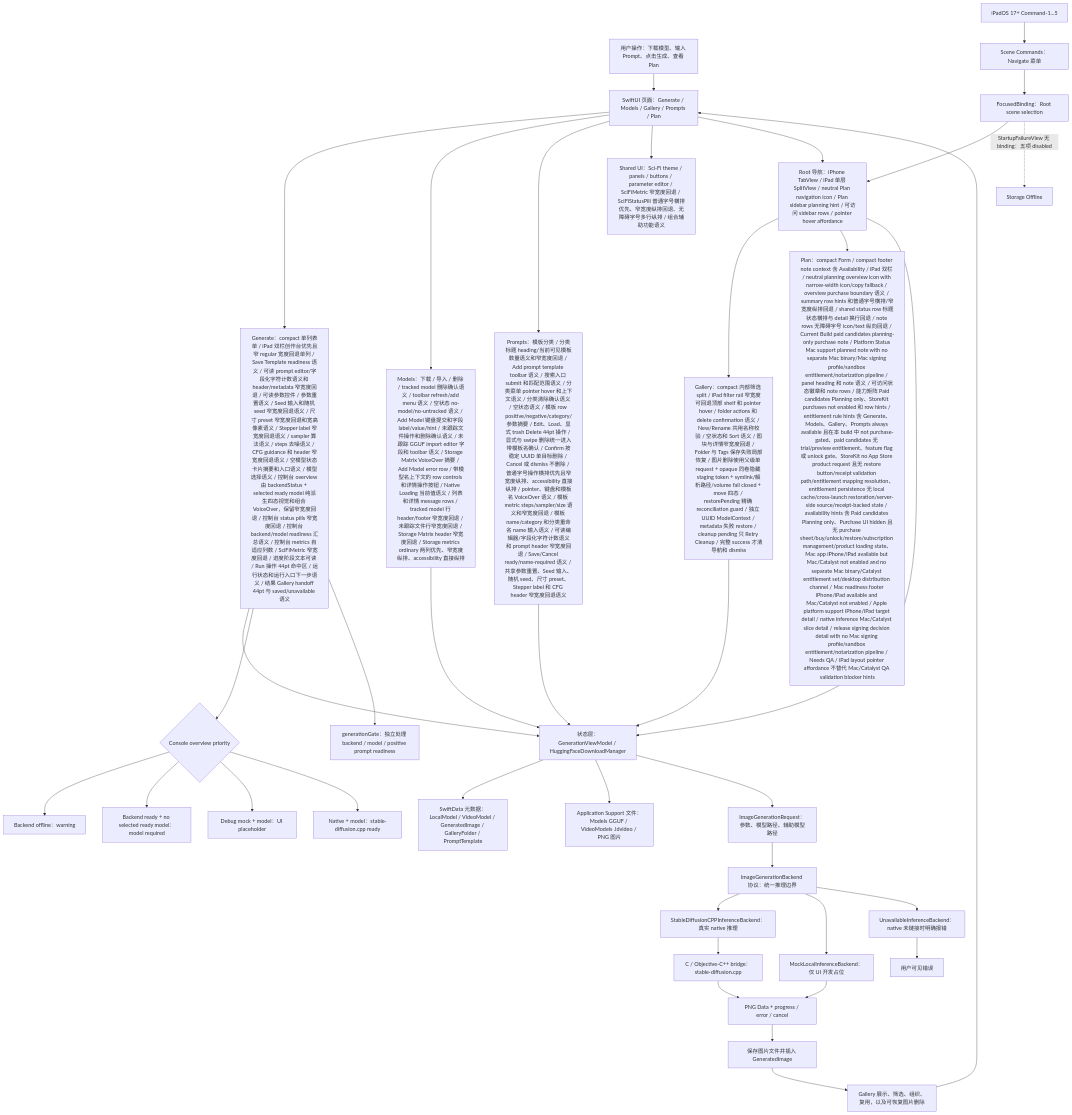
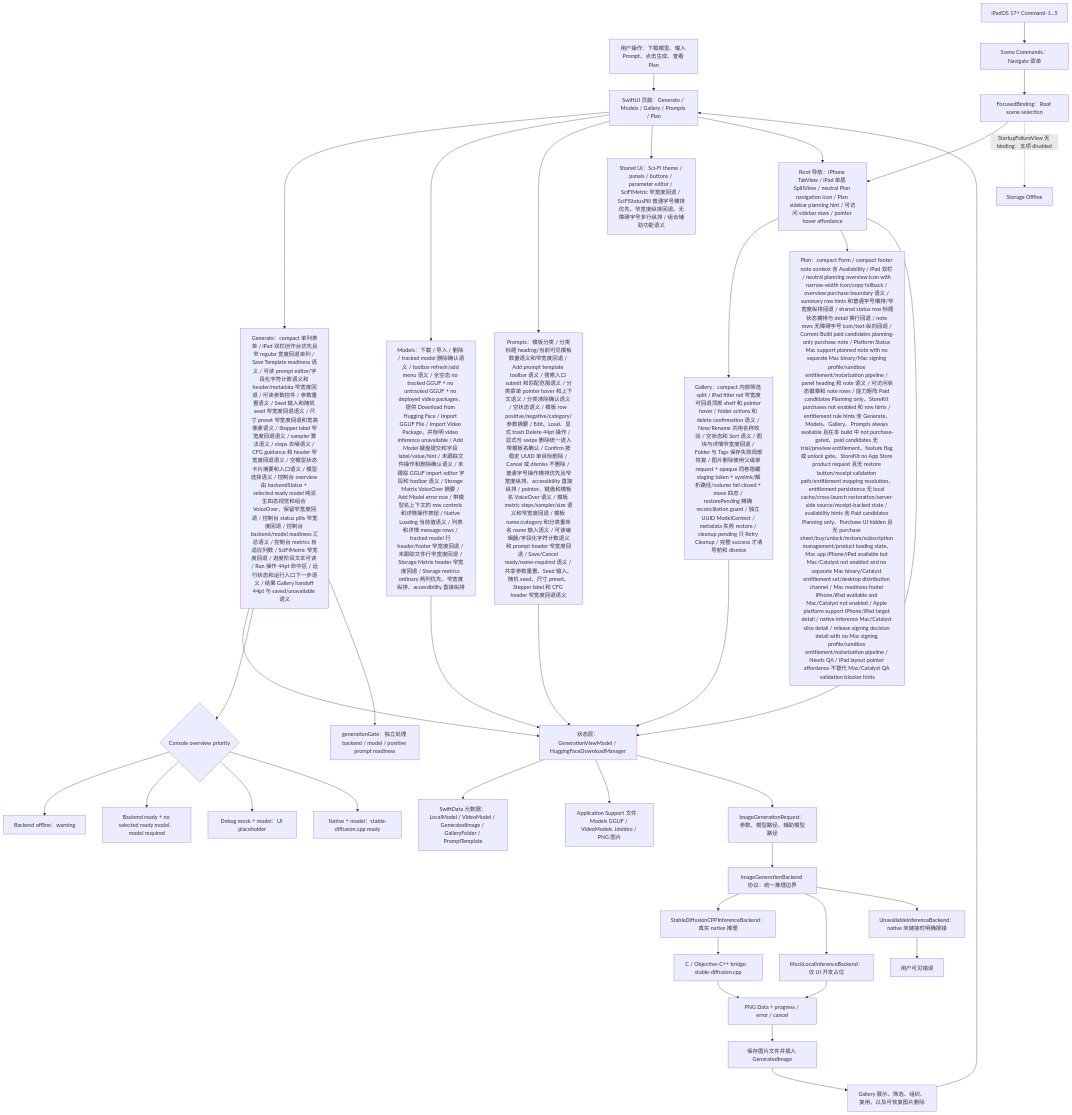
Before and after one commit to Altman-sam114/118: the first of 10 diagrams in md/flow/flowchart.md, drawn with Mermaid. The commit also changed 7 other files, not shown here.

````diff
--- a/md/flow/flowchart.md
+++ b/md/flow/flowchart.md
@@ -9,40 +9,40 @@
 ```mermaid
 flowchart TD
   U["用户操作：下载模型、输入 Prompt、点击生成、查看 Plan"] --> UI["SwiftUI 页面：Generate / Models / Gallery / Prompts / Plan"]
   UI --> GENUI["Generate：compact 单列表单 / iPad 双栏创作台优先且窄 regular 宽度回退单列 / Save Template readiness 语义 / 可读 prompt editor/字段化字符计数语义和 header/metadata 窄宽度回退 / 可读参数控件 / 参数重置语义 / Seed 输入和随机 seed 窄宽度回退语义 / 尺寸 preset 窄宽度回退和宽高像素语义 / Stepper label 窄宽度回退语义 / sampler 算法语义 / steps 去噪语义 / CFG guidance 和 header 窄宽度回退语义 / 空模型状态卡片摘要和入口语义 / 模型选择语义 / 控制台 overview 由 backendStatus + selected ready model 纯派生四态视觉和组合 VoiceOver，保留窄宽度回退 / 控制台 status pills 窄宽度回退 / 控制台 backend/model readiness 汇总语义 / 控制台 metrics 自适应列数 / SciFiMetric 窄宽度回退 / 进度阶段文本可读 / Run 操作 44pt 命中区 / 运行状态和运行入口下一步语义 / 结果 Gallery handoff 44pt 与 saved/unavailable 语义"]
-  UI --> MODELUI["Models：下载 / 导入 / 删除 / tracked model 删除确认语义 / toolbar refresh/add menu 语义 / 空状态 no-model/no-untracked 语义 / Add Model 键盘提交和字段 label/value/hint / 未跟踪文件操作和删除确认语义 / 未跟踪 GGUF import editor 字段和 toolbar 语义 / Storage Matrix VoiceOver 摘要 / Add Model error row / 带模型名上下文的 row controls 和详情操作按钮 / Native Loading 当前值语义 / 列表和详情 message rows / tracked model 行 header/footer 窄宽度回退 / 未跟踪文件行窄宽度回退 / Storage Matrix header 窄宽度回退 / Storage metrics ordinary 两列优先、窄宽度纵排、accessibility 直接纵排"]
+  UI --> MODELUI["Models：下载 / 导入 / 删除 / tracked model 删除确认语义 / toolbar refresh/add menu 语义 / 全空态 no tracked GGUF + no untracked GGUF + no deployed video packages，提供 Download from Hugging Face / Import GGUF File / Import Video Package，并标明 video inference unavailable / Add Model 键盘提交和字段 label/value/hint / 未跟踪文件操作和删除确认语义 / 未跟踪 GGUF import editor 字段和 toolbar 语义 / Storage Matrix VoiceOver 摘要 / Add Model error row / 带模型名上下文的 row controls 和详情操作按钮 / Native Loading 当前值语义 / 列表和详情 message rows / tracked model 行 header/footer 窄宽度回退 / 未跟踪文件行窄宽度回退 / Storage Matrix header 窄宽度回退 / Storage metrics ordinary 两列优先、窄宽度纵排、accessibility 直接纵排"]
   UI --> PROMPTUI["Prompts：模板分类 / 分类标题 heading/当前可见模板数量语义和窄宽度回退 / Add prompt template toolbar 语义 / 搜索入口 submit 和匹配范围语义 / 分类菜单 pointer hover 和上下文语义 / 分类清除确认语义 / 空状态语义 / 模板 row positive/negative/category/参数摘要 / Edit、Load、显式 trash Delete 44pt 操作 / 显式与 swipe 删除统一进入带模板名确认 / Confirm 按稳定 UUID 单目标删除 / Cancel 或 dismiss 不删除 / 普通字号操作横排优先且窄宽度纵排、accessibility 直接纵排 / pointer、键盘和模板名 VoiceOver 语义 / 模板 metric steps/sampler/size 语义和窄宽度回退 / 模板 name/category 和分类重命名 name 输入语义 / 可读编辑器/字段化字符计数语义和 prompt header 窄宽度回退 / Save/Cancel ready/name-required 语义 / 共享参数重置、Seed 输入、随机 seed、尺寸 preset、Stepper label 和 CFG header 窄宽度回退语义"]
   UI --> SHAREDUI["Shared UI：Sci-Fi theme / panels / buttons / parameter editor / SciFiMetric 窄宽度回退 / SciFiStatusPill 普通字号横排优先、窄宽度纵排回退、无障碍字号多行纵排 / 组合辅助功能语义"]
   UI --> NAV["Root 导航：iPhone TabView / iPad 单层 SplitView / neutral Plan navigation icon / Plan sidebar planning hint / 可访问 sidebar rows / pointer hover affordance"]
   KEYBOARD["iPadOS 17+ Command-1...5"] --> COMMANDS["Scene Commands：Navigate 菜单"]
   COMMANDS --> FOCUSED["FocusedBinding：Root scene selection"]
   FOCUSED --> NAV
   FOCUSED -. "StartupFailureView 无 binding：五项 disabled" .-> STARTUP["Storage Offline"]
   NAV --> GALUI["Gallery：compact 内部筛选 split / iPad filter rail 窄宽度可回退顶部 shelf 和 pointer hover / folder actions 和 delete confirmation 语义 / New/Rename 共用名称校验 / 空状态和 Sort 语义 / 图块与详情窄宽度回退 / Folder 与 Tags 保存失败局部恢复 / 图片删除使用父级单 request + opaque 同卷隐藏 staging token + symlink/解析路径/volume fail closed + move 四态 / restorePending 精确 reconciliation guard / 独立 UUID ModelContext / metadata 失败 restore / cleanup pending 只 Retry Cleanup / 完整 success 才清导航和 dismiss"]
   NAV --> PLANUI["Plan：compact Form / compact footer note context 含 Availability / iPad 双栏 / neutral planning overview icon with narrow-width icon/copy fallback / overview purchase boundary 语义 / summary row hints 和普通字号横排/窄宽度纵排回退 / shared status row 标题状态横排与 detail 换行回退 / note rows 无障碍字号 icon/text 纵向回退 / Current Build paid candidates planning-only purchase note / Platform Status Mac support planned note with no separate Mac binary/Mac signing profile/sandbox entitlement/notarization pipeline / panel heading 和 note 语义 / 可访问状态徽章和 note rows / 能力矩阵 Paid candidates Planning only、StoreKit purchases not enabled 和 row hints / entitlement rule hints 含 Generate、Models、Gallery、Prompts always available 且在本 build 中 not purchase-gated、paid candidates 无 trial/preview entitlement、feature flag 或 unlock gate、StoreKit no App Store product request 且无 restore button/receipt validation path/entitlement mapping resolution、entitlement persistence 无 local cache/cross-launch restoration/server-side source/receipt-backed state / availability hints 含 Paid candidates Planning only、Purchase UI hidden 且无 purchase sheet/buy/unlock/restore/subscription management/product loading state、Mac app iPhone/iPad available but Mac/Catalyst not enabled and no separate Mac binary/Catalyst entitlement set/desktop distribution channel / Mac readiness footer iPhone/iPad available and Mac/Catalyst not enabled / Apple platform support iPhone/iPad target detail / native inference Mac/Catalyst slice detail / release signing decision detail with no Mac signing profile/sandbox entitlement/notarization pipeline / Needs QA / iPad layout pointer affordance 不替代 Mac/Catalyst QA validation blocker hints"]
   NAV --> VM["状态层：GenerationViewModel / HuggingFaceDownloadManager"]
   GENUI --> VM
   GENUI --> OVERVIEW{"Console overview priority"}
   OVERVIEW --> O1["Backend offline：warning"]
   OVERVIEW --> O2["Backend ready + no selected ready model：model required"]
   OVERVIEW --> O3["Debug mock + model：UI placeholder"]
   OVERVIEW --> O4["Native + model：stable-diffusion.cpp ready"]
   GENUI --> GATE["generationGate：独立处理 backend / model / positive prompt readiness"]
   MODELUI --> VM
   PROMPTUI --> VM
   GALUI --> VM
   VM --> SD["SwiftData 元数据：LocalModel / VideoModel / GeneratedImage / GalleryFolder / PromptTemplate"]
   VM --> FS["Application Support 文件：Models GGUF / VideoModels .ldvideo / PNG 图片"]
   VM --> REQ["ImageGenerationRequest：参数、模型路径、辅助模型路径"]
   REQ --> IFACE["ImageGenerationBackend 协议：统一推理边界"]
   IFACE --> NATIVE["StableDiffusionCPPInferenceBackend：真实 native 推理"]
   IFACE --> MOCK["MockLocalInferenceBackend：仅 UI 开发占位"]
   IFACE --> OFF["UnavailableInferenceBackend：native 未链接时明确报错"]
   NATIVE --> BRIDGE["C / Objective-C++ bridge：stable-diffusion.cpp"]
   BRIDGE --> PNG["PNG Data + progress / error / cancel"]
   MOCK --> PNG
   OFF --> ERR["用户可见错误"]
   PNG --> SAVE["保存图片文件并插入 GeneratedImage"]
   SAVE --> GALLERY["Gallery 展示、筛选、组织、复用，以及可恢复图片删除"]
   GALLERY --> UI
 ```
````
